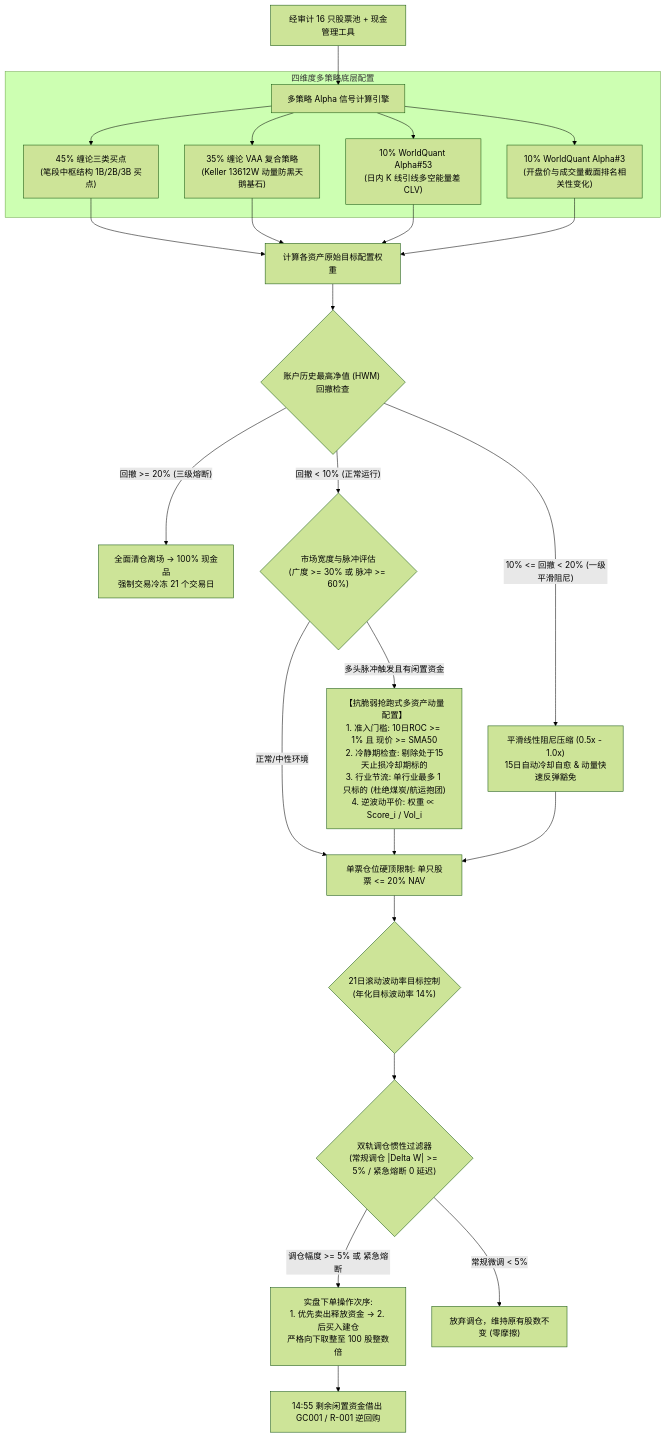
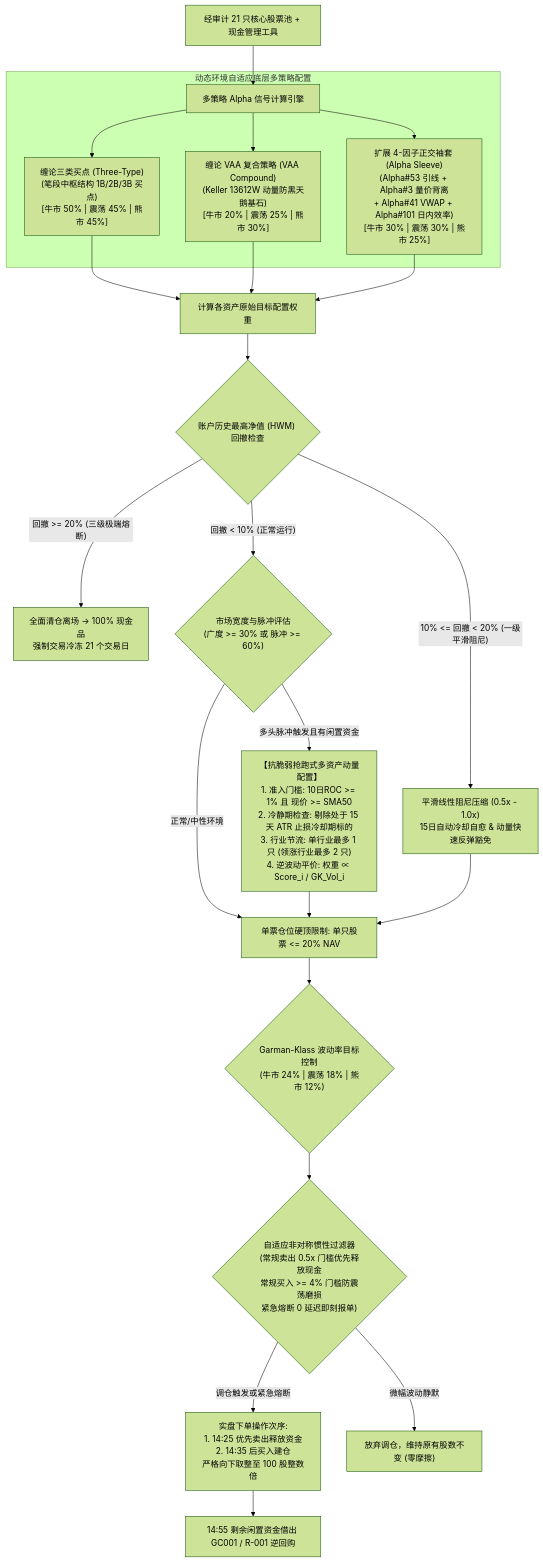
The first of 2 diagrams in docs/ruleset/chan_dual_hybrid_blend/rules_cn.md (stonewell/quant_research), drawn with Mermaid (forest theme) before and after one commit. The commit also changed other lines of this file and 14 other files, not shown here.

````diff
--- a/docs/ruleset/chan_dual_hybrid_blend/rules_cn.md
+++ b/docs/ruleset/chan_dual_hybrid_blend/rules_cn.md
@@ -17,30 +18,29 @@
 ```mermaid
 flowchart TD
-    Universe["经审计 16 只股票池 + 现金管理工具"] --> SubAlphas["多策略 Alpha 信号计算引擎"]
+    Universe["经审计 21 只核心股票池 + 现金管理工具"] --> SubAlphas["多策略 Alpha 信号计算引擎"]
     
-    subgraph Ensemble ["四维度多策略底层配置"]
-        SubAlphas --> S1["45% 缠论三类买点\n(笔段中枢结构 1B/2B/3B 买点)"]
-        SubAlphas --> S2["35% 缠论 VAA 复合策略\n(Keller 13612W 动量防黑天鹅基石)"]
-        SubAlphas --> S3["10% WorldQuant Alpha#53\n(日内 K 线引线多空能量差 CLV)"]
-        SubAlphas --> S4["10% WorldQuant Alpha#3\n(开盘价与成交量截面排名相关性变化)"]
+    subgraph Ensemble ["动态环境自适应底层多策略配置"]
+        SubAlphas --> S1["缠论三类买点 (Three-Type)\n(笔段中枢结构 1B/2B/3B 买点)\n[牛市 50% | 震荡 45% | 熊市 45%]"]
+        SubAlphas --> S2["缠论 VAA 复合策略 (VAA Compound)\n(Keller 13612W 动量防黑天鹅基石)\n[牛市 20% | 震荡 25% | 熊市 30%]"]
+        SubAlphas --> S3["扩展 4-因子正交袖套 (Alpha Sleeve)\n(Alpha#53 引线 + Alpha#3 量价背离\n+ Alpha#41 VWAP + Alpha#101 日内效率)\n[牛市 30% | 震荡 30% | 熊市 25%]"]
     end
     
-    S1 & S2 & S3 & S4 --> RawBlend["计算各资产原始目标配置权重"]
+    S1 & S2 & S3 --> RawBlend["计算各资产原始目标配置权重"]
     
     RawBlend --> DDGate{"账户历史最高净值 (HWM) 回撤检查"}
-    DDGate -- "回撤 >= 20% (三级熔断)" --> HardStop["全面清仓离场 -> 100% 现金品\n强制交易冷冻 21 个交易日"]
+    DDGate -- "回撤 >= 20% (三级极端熔断)" --> HardStop["全面清仓离场 -> 100% 现金品\n强制交易冷冻 21 个交易日"]
     DDGate -- "10% <= 回撤 < 20% (一级平滑阻尼)" --> LinearDamp["平滑线性阻尼压缩 (0.5x - 1.0x)\n15日自动冷却自愈 & 动量快速反弹豁免"]
     DDGate -- "回撤 < 10% (正常运行)" --> BreadthEngine{"市场宽度与脉冲评估\n(广度 >= 30% 或 脉冲 >= 60%)"}
     
-    BreadthEngine -- "多头脉冲触发且有闲置资金" --> AntiFragileThrust["【抗脆弱抢跑式多资产动量配置】\n1. 准入门槛: 10日ROC >= 1% 且 现价 >= SMA50\n2. 冷静期检查: 剔除处于15天止损冷却期标的\n3. 行业节流: 单行业最多 1 只标的 (杜绝煤炭/航运抱团)\n4. 逆波动平价: 权重 ∝ Score_i / Vol_i"]
+    BreadthEngine -- "多头脉冲触发且有闲置资金" --> AntiFragileThrust["【抗脆弱抢跑式多资产动量配置】\n1. 准入门槛: 10日ROC >= 1% 且 现价 >= SMA50\n2. 冷静期检查: 剔除处于 15 天 ATR 止损冷却期标的\n3. 行业节流: 单行业最多 1 只 (领涨行业最多 2 只)\n4. 逆波动平价: 权重 ∝ Score_i / GK_Vol_i"]
     BreadthEngine -- "正常/中性环境" --> SizingCap["单票仓位硬顶限制: 单只股票 <= 20% NAV"]
     AntiFragileThrust --> SizingCap
     LinearDamp --> SizingCap
     
-    SizingCap --> VolTarget{"21日滚动波动率目标控制\n(年化目标波动率 14%)"}
-    VolTarget --> FrictionFilter{"双轨调仓惯性过滤器\n(常规调仓 |Delta W| >= 5% / 紧急熔断 0 延迟)"}
+    SizingCap --> VolTarget{"Garman-Klass 波动率目标控制\n(牛市 24% | 震荡 18% | 熊市 12%)"}
+    VolTarget --> FrictionFilter{"自适应非对称惯性过滤器\n(常规卖出 0.5x 门槛优先释放现金\n常规买入 >= 4% 门槛防震荡磨损\n紧急熔断 0 延迟即刻报单)"}
     
-    FrictionFilter -- "调仓幅度 >= 5% 或 紧急熔断" --> ExecutionEngine["实盘下单操作次序:\n1. 优先卖出释放资金 -> 2. 后买入建仓\n严格向下取整至 100 股整数倍"]
-    FrictionFilter -- "常规微调 < 5%" --> HoldPrior["放弃调仓，维持原有股数不变 (零摩擦)"]
+    FrictionFilter -- "调仓触发或紧急熔断" --> ExecutionEngine["实盘下单操作次序:\n1. 14:25 优先卖出释放资金\n2. 14:35 后买入建仓\n严格向下取整至 100 股整数倍"]
+    FrictionFilter -- "微幅波动静默" --> HoldPrior["放弃调仓，维持原有股数不变 (零摩擦)"]
     ExecutionEngine --> RepoSweep["14:55 剩余闲置资金借出 GC001 / R-001 逆回购"]
 ```
````
